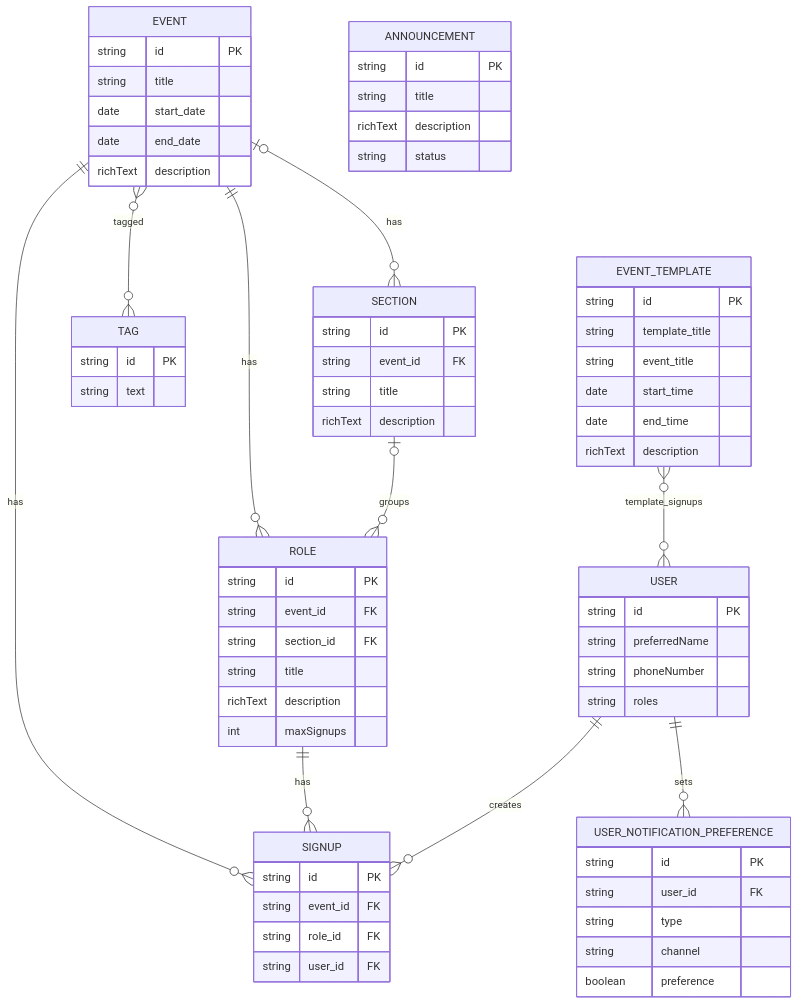
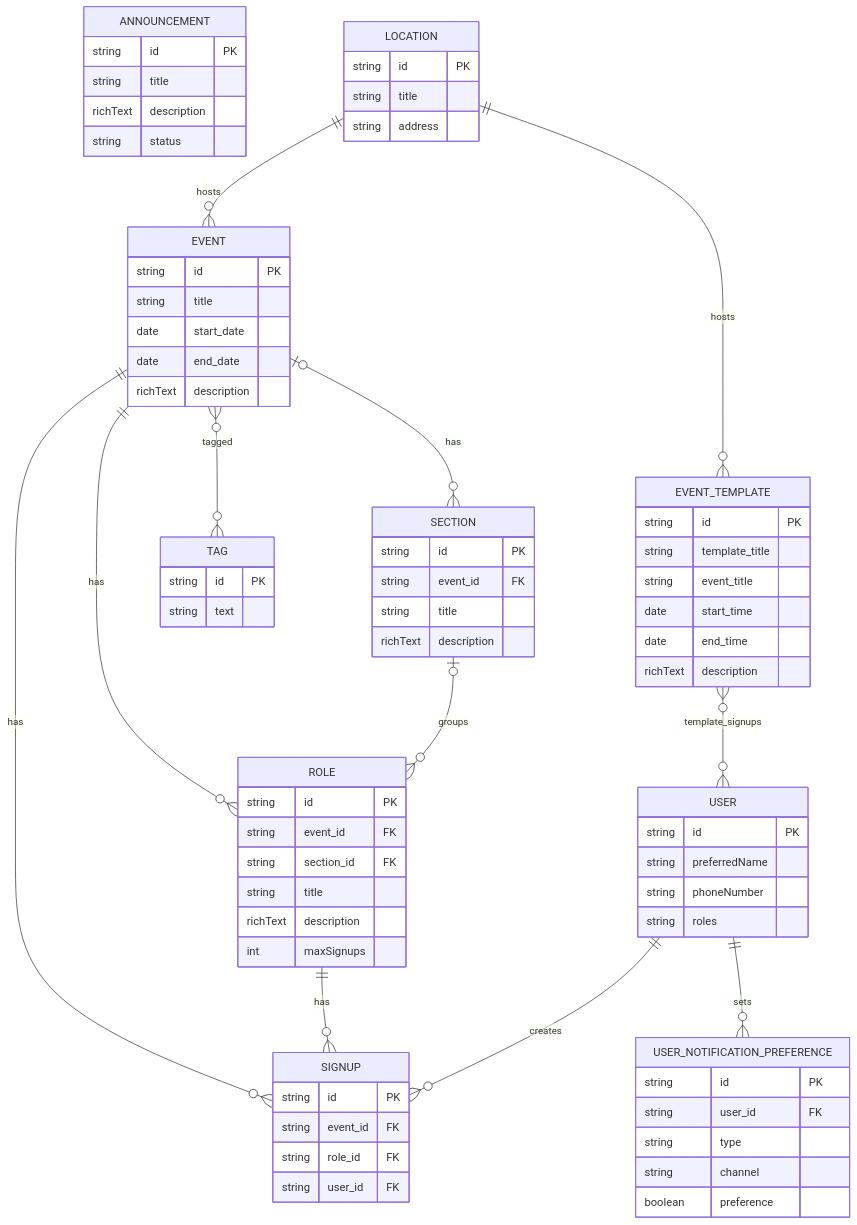
One commit to desering/volunteer-scheduler changed the diagram in docs/reference/er-diagram.md. Above: the diagram before and after it, drawn with Mermaid.

Commit message:
chore(er-diagram): order alphabetically and add location

````diff
--- a/docs/reference/er-diagram.md
+++ b/docs/reference/er-diagram.md
@@ -3,71 +3,78 @@
 ```mermaid
 erDiagram
+    ANNOUNCEMENT {
+        string id PK
+        string title
+        richText description
+        string status
+    }
     EVENT {
         string id PK
         string title
         date start_date
         date end_date
         richText description
     }
-    SECTION {
+    EVENT_TEMPLATE {
         string id PK
-        string event_id FK
+        string template_title
+        string event_title
+        date start_time
+        date end_time
+        richText description
+    }
+    LOCATION {
+        string id PK
         string title
-        richText description
+        string address
     }
     ROLE {
         string id PK
         string event_id FK
         string section_id FK
         string title
         richText description
         int maxSignups
     }
+    SECTION {
+        string id PK
+        string event_id FK
+        string title
+        richText description
+    }
     SIGNUP {
         string id PK
         string event_id FK
         string role_id FK
         string user_id FK
     }
+    TAG {
+        string id PK
+        string text
+    }
     USER {
         string id PK
         string preferredName
         string phoneNumber
         string roles
-    }
-    TAG {
-        string id PK
-        string text
-    }
-    ANNOUNCEMENT {
-        string id PK
-        string title
-        richText description
-        string status
-    }
-    EVENT_TEMPLATE {
-        string id PK
-        string template_title
-        string event_title
-        date start_time
-        date end_time
-        richText description
     }
     USER_NOTIFICATION_PREFERENCE {
         string id PK
         string user_id FK
         string type
         string channel
         boolean preference
     }
 
     EVENT o|--o{ SECTION : has
     EVENT ||--o{ ROLE : has
     SECTION o|--o{ ROLE : groups
     EVENT ||--o{ SIGNUP : has
     ROLE ||--o{ SIGNUP : has
     USER ||--o{ SIGNUP : creates
     USER ||--o{ USER_NOTIFICATION_PREFERENCE : sets
     EVENT }o--o{ TAG : tagged
     EVENT_TEMPLATE }o--o{ USER : template_signups
+    LOCATION ||--o{ EVENT : hosts
+    LOCATION ||--o{ EVENT_TEMPLATE : hosts
 ```
````
